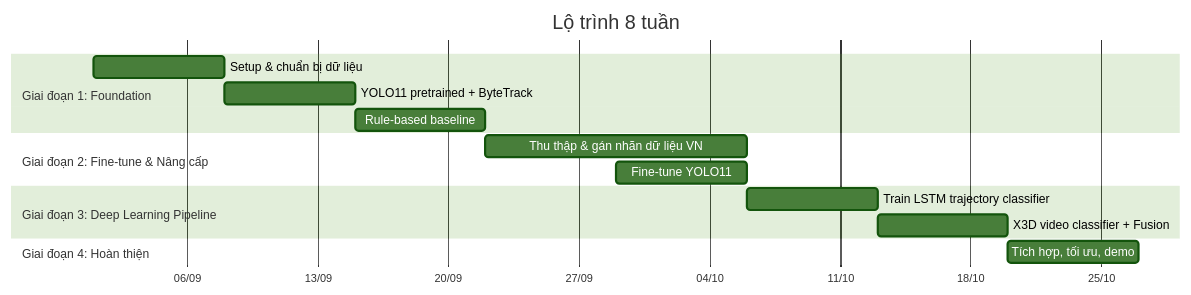
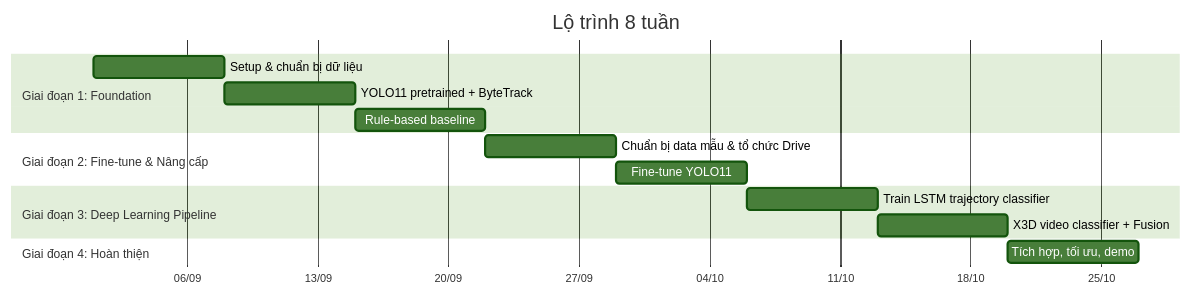
The third of 6 diagrams in docs/ke-hoach-trien-khai-he-thong-nhan-dien-tai-nan.md (ThanhND2005/Traffic-Accident-Detection), drawn with Mermaid (forest theme) before and after one commit. The commit also changed other lines of this file and 14 other files, not shown here.

````diff
--- a/docs/ke-hoach-trien-khai-he-thong-nhan-dien-tai-nan.md
+++ b/docs/ke-hoach-trien-khai-he-thong-nhan-dien-tai-nan.md
@@ -95,22 +95,22 @@
 ```mermaid
 gantt
     title Lộ trình 8 tuần
     dateFormat  YYYY-MM-DD
     axisFormat  %d/%m
 
     section Giai đoạn 1: Foundation
     Setup & chuẩn bị dữ liệu       :a1, 2026-09-01, 7d
     YOLO11 pretrained + ByteTrack   :a2, 2026-09-08, 7d
     Rule-based baseline             :a3, 2026-09-15, 7d
 
     section Giai đoạn 2: Fine-tune & Nâng cấp
-    Thu thập & gán nhãn dữ liệu VN  :b1, 2026-09-22, 14d
+    Chuẩn bị data mẫu & tổ chức Drive :b1, 2026-09-22, 7d
     Fine-tune YOLO11                :b2, 2026-09-29, 7d
 
     section Giai đoạn 3: Deep Learning Pipeline
     Train LSTM trajectory classifier :c1, 2026-10-06, 7d
     X3D video classifier + Fusion   :c2, 2026-10-13, 7d
 
     section Giai đoạn 4: Hoàn thiện
     Tích hợp, tối ưu, demo         :d1, 2026-10-20, 7d
 ```
````
